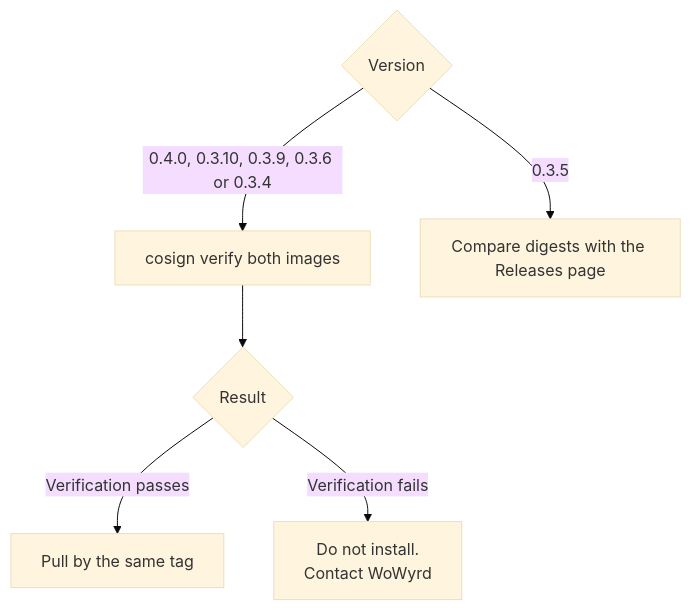
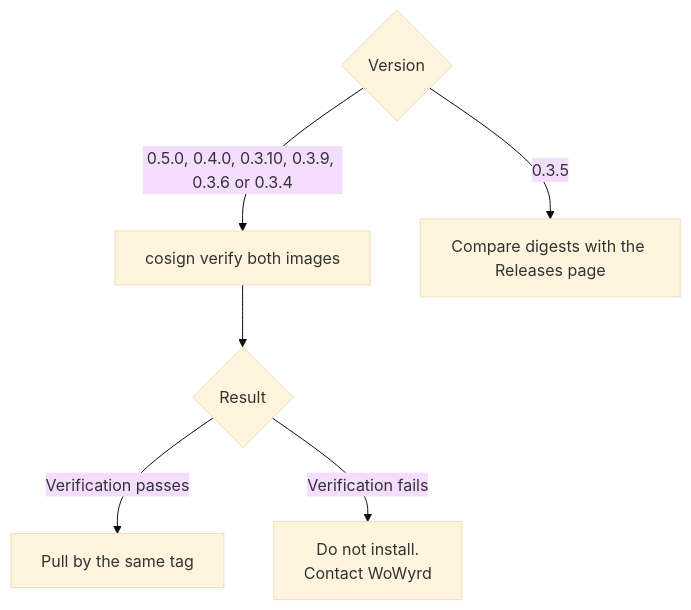
Before and after one commit to chavychaze/wowyrd-pub: the third of 4 diagrams in INSTALL.md, drawn with Mermaid (base theme). The commit also changed other lines of this file and 4 other files, not shown here.

````diff
--- a/INSTALL.md
+++ b/INSTALL.md
@@ -156,8 +156,8 @@
 ```mermaid
 flowchart TD
-    A{Version} -->|0.4.0, 0.3.10, 0.3.9, 0.3.6 or 0.3.4| B[cosign verify both images]
+    A{Version} -->|0.5.0, 0.4.0, 0.3.10, 0.3.9, 0.3.6 or 0.3.4| B[cosign verify both images]
     A -->|0.3.5| C[Compare digests with the Releases page]
     B --> D{Result}
     D -->|Verification passes| E[Pull by the same tag]
     D -->|Verification fails| F[Do not install.<br/>Contact WoWyrd]
 ```
````
